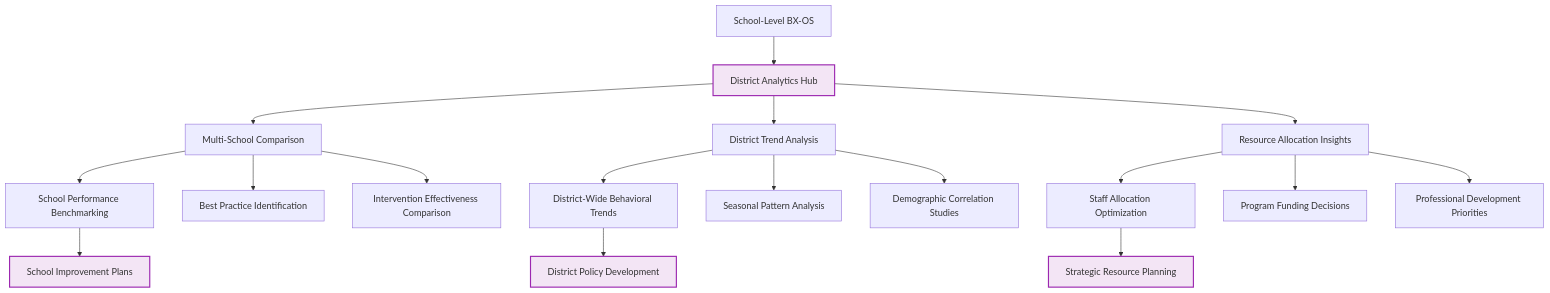
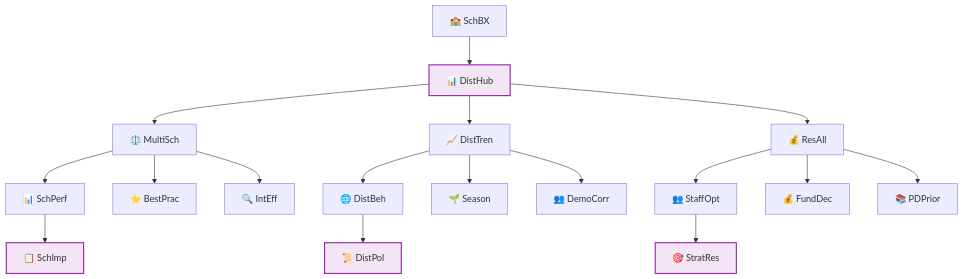
Before and after one commit to Splurfa/bx-os: the third of 6 diagrams in docs/flowcharts/Future-Vision/11-system-integration-architecture.md, drawn with Mermaid. The commit also changed other lines of this file and 4 other files, not shown here.

Commit message:
Fix all flowchart text cutoff

````diff
--- a/docs/flowcharts/Future-Vision/11-system-integration-architecture.md
+++ b/docs/flowcharts/Future-Vision/11-system-integration-architecture.md
@@ -70,28 +109,28 @@
 ```mermaid
 flowchart TD
-    A[School-Level BX-OS] --> B[District Analytics Hub]
-    B --> C[Multi-School Comparison]
-    B --> D[District Trend Analysis]
-    B --> E[Resource Allocation Insights]
+    A[🏫 SchBX] --> B[📊 DistHub]
+    B --> C[⚖️ MultiSch]
+    B --> D[📈 DistTren]
+    B --> E[💰 ResAll]
     
-    C --> F[School Performance Benchmarking]
-    C --> G[Best Practice Identification]
-    C --> H[Intervention Effectiveness Comparison]
+    C --> F[📊 SchPerf]
+    C --> G[⭐ BestPrac]
+    C --> H[🔍 IntEff]
     
-    D --> I[District-Wide Behavioral Trends]
-    D --> J[Seasonal Pattern Analysis]
-    D --> K[Demographic Correlation Studies]
+    D --> I[🌐 DistBeh]
+    D --> J[🌱 Season]
+    D --> K[👥 DemoCorr]
     
-    E --> L[Staff Allocation Optimization]
-    E --> M[Program Funding Decisions]
-    E --> N[Professional Development Priorities]
+    E --> L[👥 StaffOpt]
+    E --> M[💰 FundDec]
+    E --> N[📚 PDPrior]
     
-    F --> O[School Improvement Plans]
-    I --> P[District Policy Development]
-    L --> Q[Strategic Resource Planning]
+    F --> O[📋 SchImp]
+    I --> P[📜 DistPol]
+    L --> Q[🎯 StratRes]
     
     style B fill:#f3e5f5,stroke:#9c27b0,stroke-width:2px
     style O fill:#f3e5f5,stroke:#9c27b0,stroke-width:2px
     style P fill:#f3e5f5,stroke:#9c27b0,stroke-width:2px
     style Q fill:#f3e5f5,stroke:#9c27b0,stroke-width:2px
 ```
````
